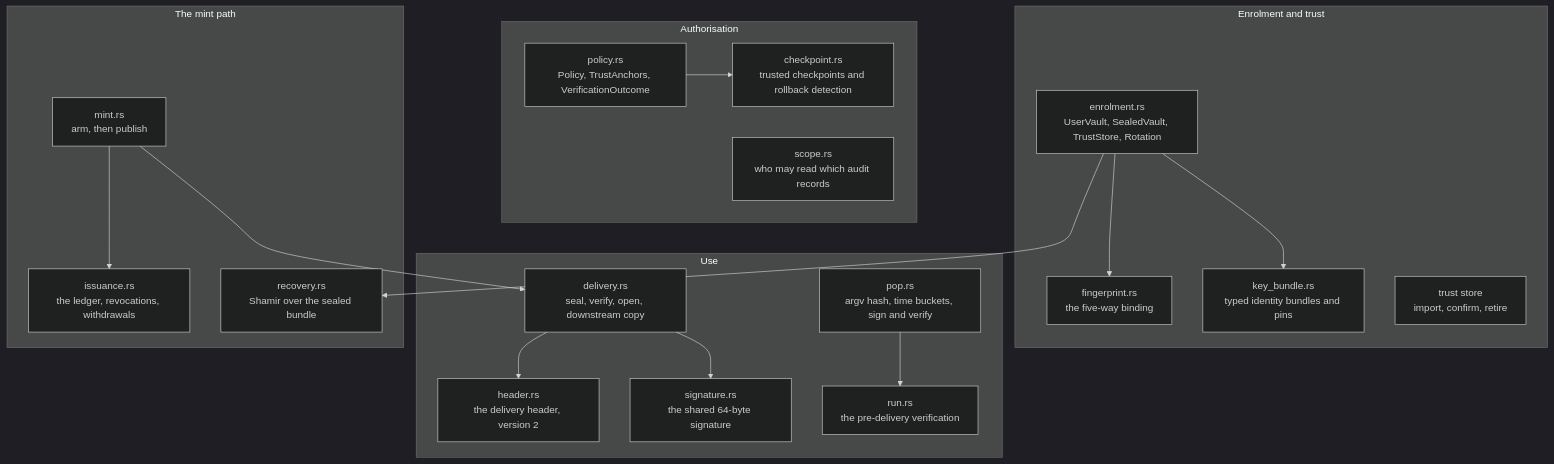
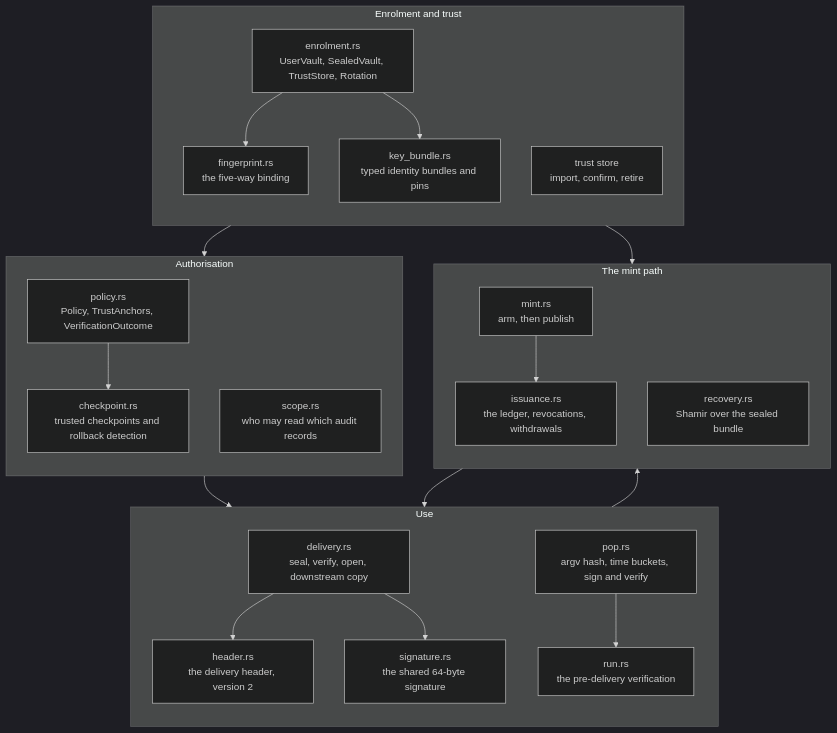
The first of 10 diagrams in site/docs/components/ksp-identity.md (bruj0/keyspout), drawn with Mermaid (dark theme) before and after one commit. The commit also changed 15 other files, not shown here.

First line of the commit message:
feat(site): zoom every diagram, and make the wide ones vertical

````diff
--- a/site/docs/components/ksp-identity.md
+++ b/site/docs/components/ksp-identity.md
@@ -33,39 +33,46 @@
 ```mermaid
 graph TB
   subgraph Enrol["Enrolment and trust"]
+      direction TB
     ENROL["enrolment.rs<br/>UserVault, SealedVault, TrustStore, Rotation"]
     FP["fingerprint.rs<br/>the five-way binding"]
     KB["key_bundle.rs<br/>typed identity bundles and pins"]
     TRUST["trust store<br/>import, confirm, retire"]
   end
 
   subgraph Auth["Authorisation"]
+      direction TB
     POLICY["policy.rs<br/>Policy, TrustAnchors, VerificationOutcome"]
     CKPT["checkpoint.rs<br/>trusted checkpoints and rollback detection"]
     SCOPE["scope.rs<br/>who may read which audit records"]
   end
 
   subgraph Use["Use"]
+      direction TB
     POP["pop.rs<br/>argv hash, time buckets, sign and verify"]
     DELIV["delivery.rs<br/>seal, verify, open, downstream copy"]
     HDR["header.rs<br/>the delivery header, version 2"]
     SIG["signature.rs<br/>the shared 64-byte signature"]
     RUN["run.rs<br/>the pre-delivery verification"]
   end
 
   subgraph Mint["The mint path"]
+      direction TB
     MINT["mint.rs<br/>arm, then publish"]
     ISSU["issuance.rs<br/>the ledger, revocations, withdrawals"]
     REC["recovery.rs<br/>Shamir over the sealed bundle"]
   end
 
   ENROL --> FP
   ENROL --> KB
   ENROL --> REC
   POLICY --> CKPT
   MINT --> ISSU
   MINT --> DELIV
   DELIV --> HDR
   DELIV --> SIG
   POP --> RUN
+  Enrol --> Auth
+  Auth --> Use
+  Use --> Mint
 ```
````
